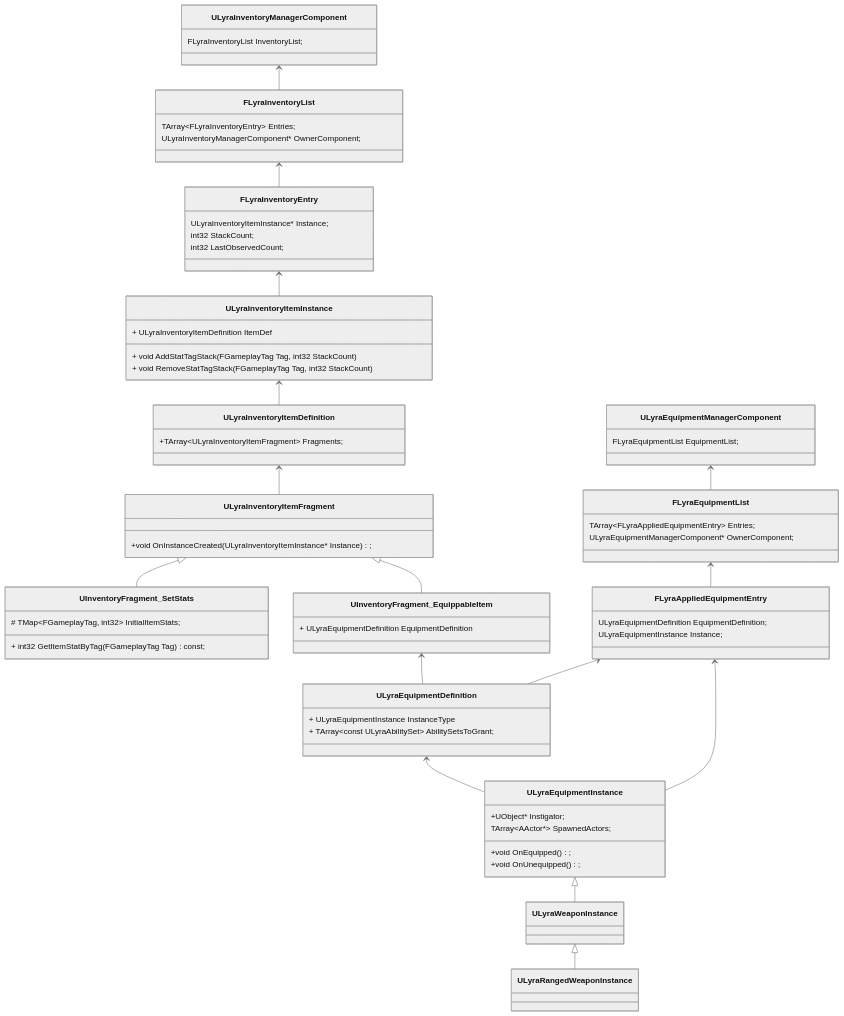
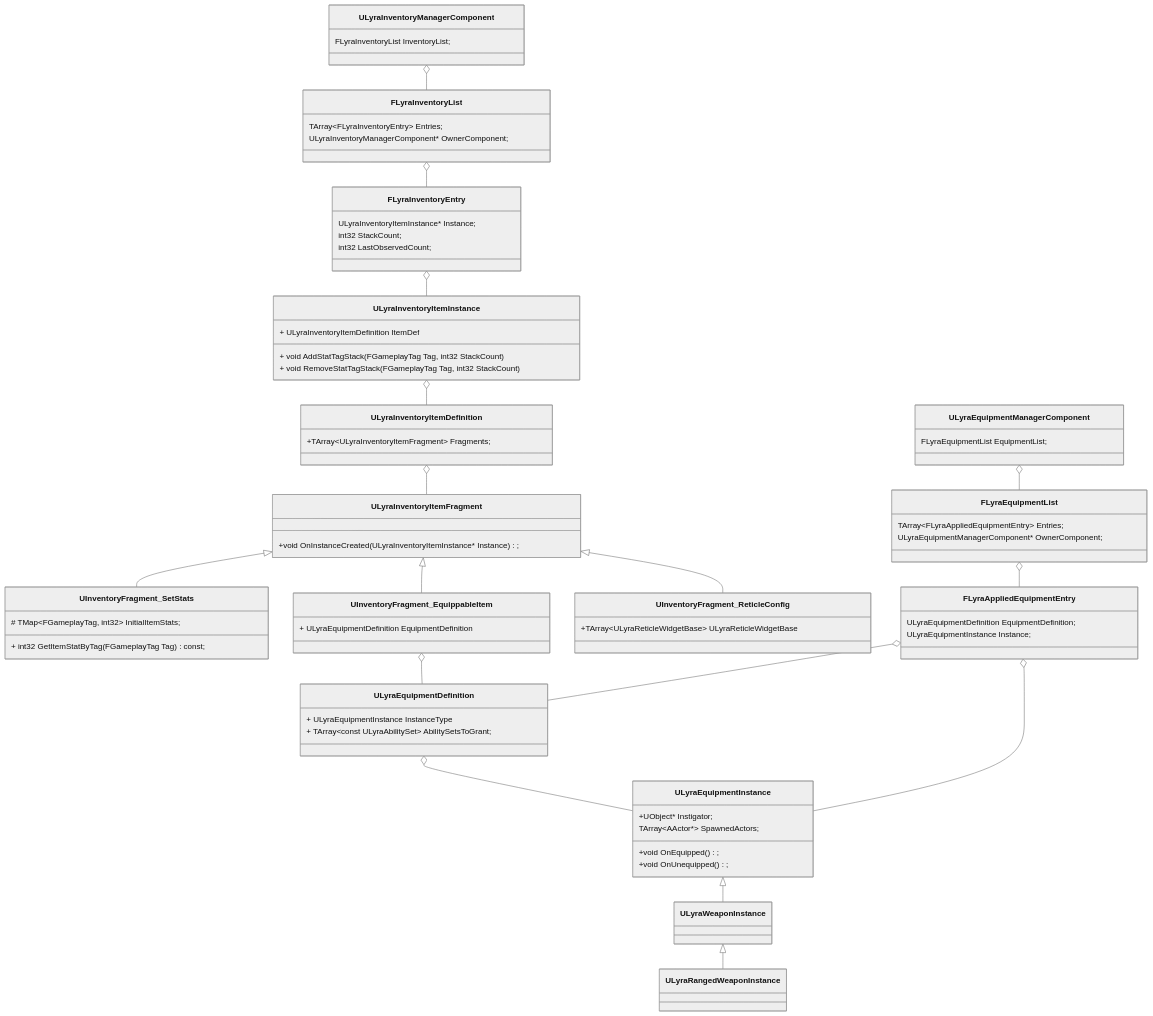
Before and after one commit to sherererlock/LearnLyra: the first of 2 diagrams in 类图.md, drawn with Mermaid (neutral theme). The commit also changed other lines of this file and 43 other files, not shown here.

````diff
--- a/类图.md
+++ b/类图.md
@@ -19,9 +19,14 @@
 	+ ULyraEquipmentDefinition EquipmentDefinition
 }
 
+class UInventoryFragment_ReticleConfig{
+	+TArray~ULyraReticleWidgetBase~ ULyraReticleWidgetBase
+}
+
 ULyraInventoryItemFragment<|--UInventoryFragment_SetStats
 ULyraInventoryItemFragment<|--UInventoryFragment_EquippableItem
-ULyraInventoryItemDefinition<--ULyraInventoryItemFragment
+ULyraInventoryItemFragment<|--UInventoryFragment_ReticleConfig
+ULyraInventoryItemDefinition o--ULyraInventoryItemFragment
 
 class ULyraInventoryItemInstance{
 	+ void AddStatTagStack(FGameplayTag Tag, int32 StackCount)
@@ -29,7 +34,7 @@
 	+ ULyraInventoryItemDefinition ItemDef
 }
 
-ULyraInventoryItemInstance<--ULyraInventoryItemDefinition
+ULyraInventoryItemInstance o--ULyraInventoryItemDefinition
 
 class ULyraEquipmentInstance{
 	+UObject* Instigator;
@@ -46,11 +51,11 @@
 class ULyraWeaponInstance
 class ULyraRangedWeaponInstance
 
-ULyraEquipmentDefinition<--ULyraEquipmentInstance
+ULyraEquipmentDefinition o--ULyraEquipmentInstance
 ULyraEquipmentInstance<|--ULyraWeaponInstance
 ULyraWeaponInstance<|--ULyraRangedWeaponInstance
 
-UInventoryFragment_EquippableItem<--ULyraEquipmentDefinition
+UInventoryFragment_EquippableItem o--ULyraEquipmentDefinition
 
 class FLyraAppliedEquipmentEntry{
 	ULyraEquipmentDefinition EquipmentDefinition;
@@ -66,11 +71,11 @@
 	FLyraEquipmentList EquipmentList;
 }
 
-FLyraAppliedEquipmentEntry<--ULyraEquipmentDefinition
-FLyraAppliedEquipmentEntry<--ULyraEquipmentInstance
+FLyraAppliedEquipmentEntry o--ULyraEquipmentDefinition
+FLyraAppliedEquipmentEntry o--ULyraEquipmentInstance
 
-FLyraEquipmentList<--FLyraAppliedEquipmentEntry
-ULyraEquipmentManagerComponent<--FLyraEquipmentList
+FLyraEquipmentList o--FLyraAppliedEquipmentEntry
+ULyraEquipmentManagerComponent o--FLyraEquipmentList
 
 class FLyraInventoryEntry{
 	ULyraInventoryItemInstance* Instance;
@@ -87,8 +92,8 @@
 	FLyraInventoryList InventoryList;
 }
 
-FLyraInventoryEntry<-- ULyraInventoryItemInstance
-FLyraInventoryList<--FLyraInventoryEntry
-ULyraInventoryManagerComponent<--FLyraInventoryList
+FLyraInventoryEntry o-- ULyraInventoryItemInstance
+FLyraInventoryList o--FLyraInventoryEntry
+ULyraInventoryManagerComponent o--FLyraInventoryList
 
 ```
````
